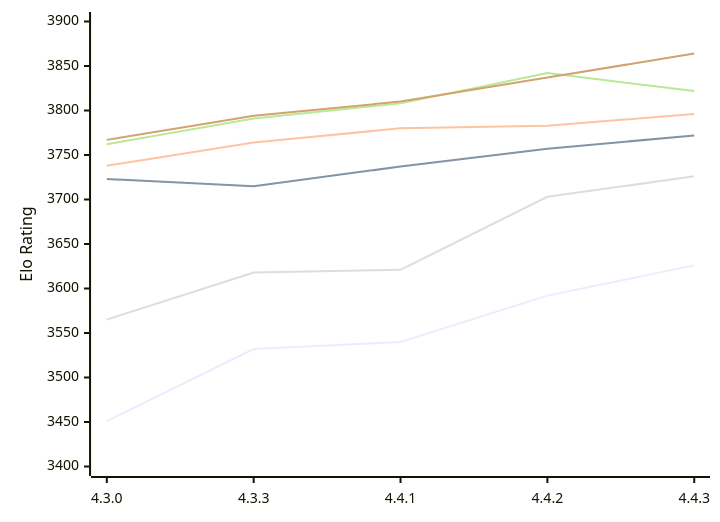
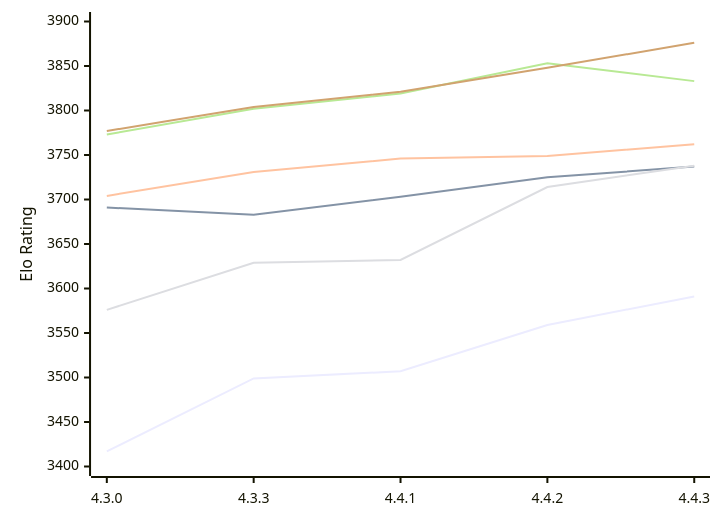
The first of 2 diagrams in engines/Gaia.md (computer-chess-index/cci), drawn with Mermaid before and after one commit. The commit also changed other lines of this file, not shown here.

Commit message:
Update CCI Ratings (ELO VLTC) - 2026-11-12

````diff
--- a/engines/Gaia.md
+++ b/engines/Gaia.md
@@ -61,12 +61,12 @@
 ```mermaid
 %%{init: {"theme":"base","themeVariables":{"seriesColors:['#a3a3a3','#222221','#faa371']}}}%%
 xychart-beta
   x-axis ["4.3.0", "4.3.3", "4.4.1", "4.4.2", "4.4.3"]
   y-axis "Elo Rating" 3400 --> 3900
-  line "E1: STC (8.0+0.08s)" [3451, 3532, 3540, 3592, 3626]
-  line "E1: LTC (60.0+0.60s)" [3723, 3715, 3737, 3757, 3772]
-  line "E1: VLTC (2m24s+1.12s)" [3738, 3764, 3780, 3783, 3796]
-  line "P1: STC (8.0+0.08s)" [3565, 3618, 3621, 3703, 3726]
-  line "P1: LTC (60.0+0.60s)" [3762, 3791, 3808, 3842, 3822]
-  line "P1: VLTC (2m24s+1.12s)" [3767, 3794, 3810, 3837, 3864]
+  line "E1: STC (8.0+0.08s)" [3417, 3499, 3507, 3559, 3591]
+  line "E1: LTC (60.0+0.60s)" [3691, 3683, 3703, 3725, 3737]
+  line "E1: VLTC (2m24s+1.12s)" [3704, 3731, 3746, 3749, 3762]
+  line "P1: STC (8.0+0.08s)" [3576, 3629, 3632, 3714, 3738]
+  line "P1: LTC (60.0+0.60s)" [3773, 3802, 3819, 3853, 3833]
+  line "P1: VLTC (2m24s+1.12s)" [3777, 3804, 3821, 3848, 3876]
 ```
````
